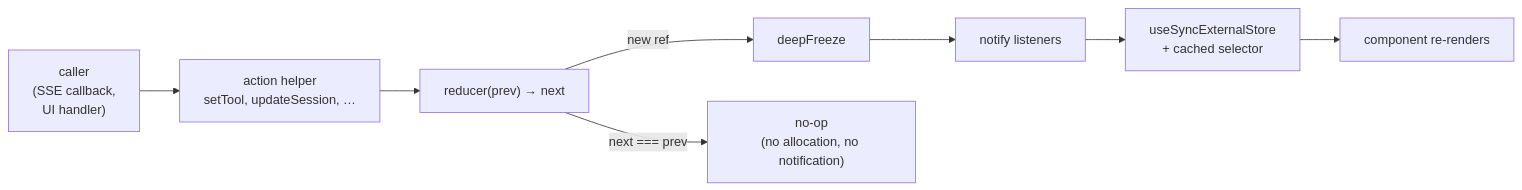
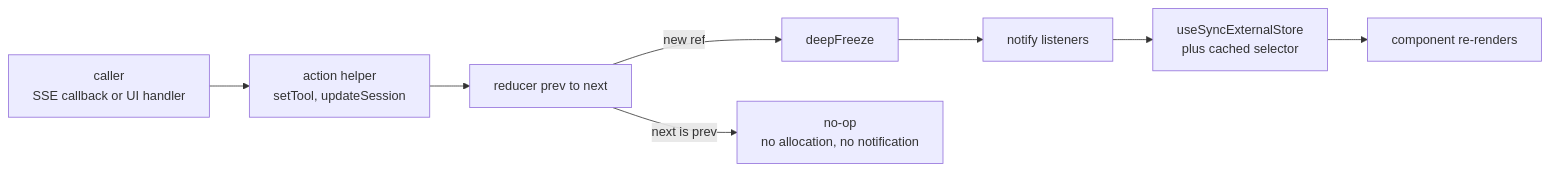
One commit to JonCooperWorks/dyson changed the fourth of 5 diagrams in docs/web.md. Above: the diagram before and after it, drawn with Mermaid. The commit also changed other lines of this file and 1 other file, not shown here.

First line of the commit message:
docs: index web.md + tuning + security-engineer; fix mermaid render errors

````diff
--- a/docs/web.md
+++ b/docs/web.md
@@ -430,14 +438,19 @@
 ```mermaid
 flowchart LR
-  caller["caller<br/>(SSE callback,<br/>UI handler)"]
-  action["action helper<br/>setTool, updateSession, …"]
-  reducer["reducer(prev) → next"]
-  freeze["deepFreeze"]
-  notify["notify listeners"]
-  hook["useSyncExternalStore<br/>+ cached selector"]
-  comp["component re-renders"]
+  caller["caller<br>SSE callback or UI handler"]
+  action["action helper<br>setTool, updateSession"]
+  reducer["reducer prev to next"]
+  freeze[deepFreeze]
+  notify[notify listeners]
+  hook["useSyncExternalStore<br>plus cached selector"]
+  comp[component re-renders]
+  noop["no-op<br>no allocation, no notification"]
 
-  caller --> action --> reducer
-  reducer -- "next === prev" --> noop["no-op<br/>(no allocation, no notification)"]
-  reducer -- "new ref" --> freeze --> notify --> hook --> comp
+  caller --> action
+  action --> reducer
+  reducer -- "next is prev" --> noop
+  reducer -- "new ref" --> freeze
+  freeze --> notify
+  notify --> hook
+  hook --> comp
 ```
````
